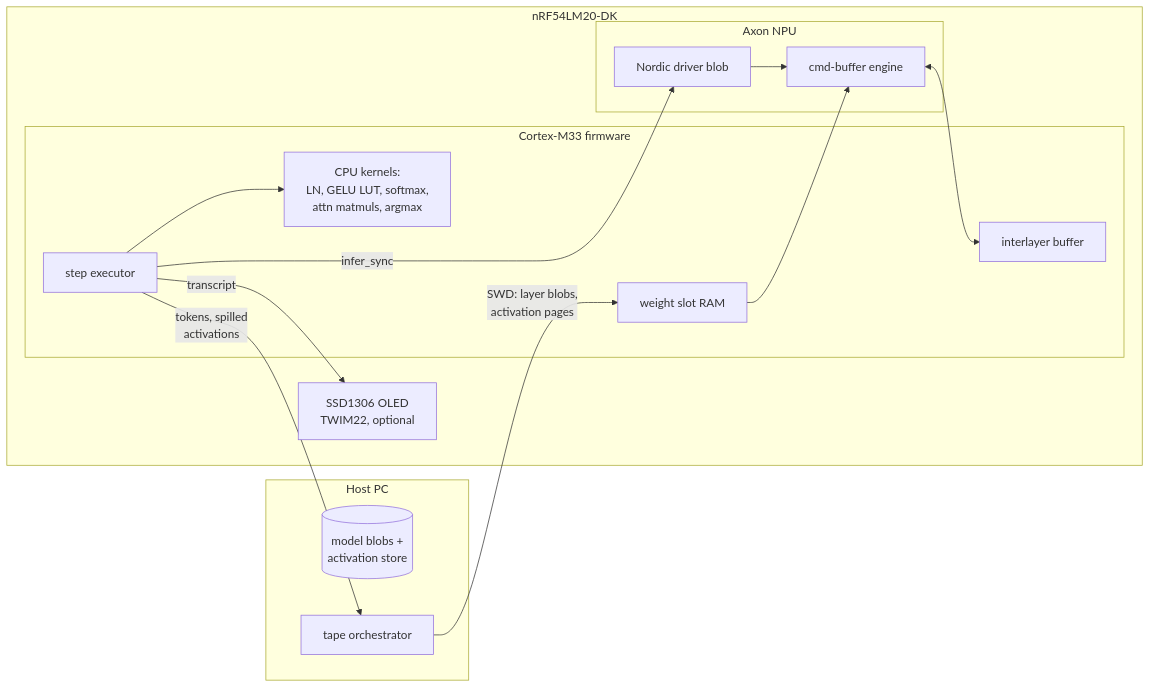
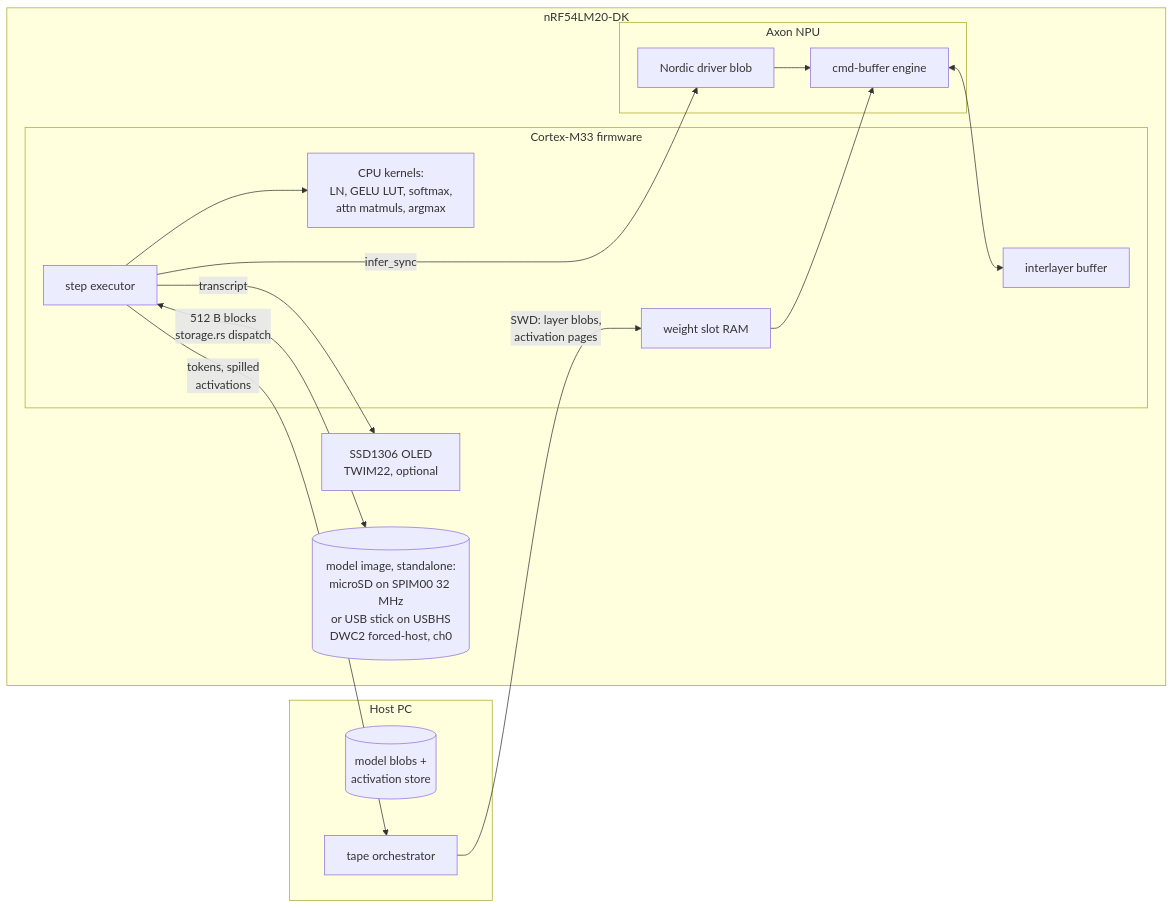
One commit to RustDyno/nrf54lm20-dk changed the diagram in Whisper/README.md. Above: the diagram before and after it, drawn with Mermaid. The commit also changed other lines of this file and 8 other files, not shown here.

First line of the commit message:
Whisper: USB host mode, model image on a USB stick

````diff
--- a/Whisper/README.md
+++ b/Whisper/README.md
@@ -43,33 +43,39 @@
 ```mermaid
 flowchart LR
   subgraph host [Host PC]
     STORE[(model blobs +
 activation store)]
     ORCH[tape orchestrator]
   end
   subgraph dk [nRF54LM20-DK]
     subgraph m33 [Cortex-M33 firmware]
       EXEC[step executor]
       GLUE[CPU kernels:
 LN, GELU LUT, softmax,
 attn matmuls, argmax]
       SLOT[weight slot RAM]
       IL[interlayer buffer]
     end
     OLED[SSD1306 OLED
 TWIM22, optional]
+    STOR[(model image, standalone:
+microSD on SPIM00 32 MHz
+or USB stick on USBHS
+DWC2 forced-host, ch0)]
     EXEC -->|transcript| OLED
+    EXEC <-->|512 B blocks
+storage.rs dispatch| STOR
     subgraph axon [Axon NPU]
       DRV[Nordic driver blob]
       ENG[cmd-buffer engine]
     end
   end
   ORCH -->|SWD: layer blobs,
 activation pages| SLOT
   EXEC -->|tokens, spilled
 activations| ORCH
   EXEC --> GLUE
   EXEC -->|infer_sync| DRV --> ENG
   SLOT --> ENG
   ENG <--> IL
 ```
````
